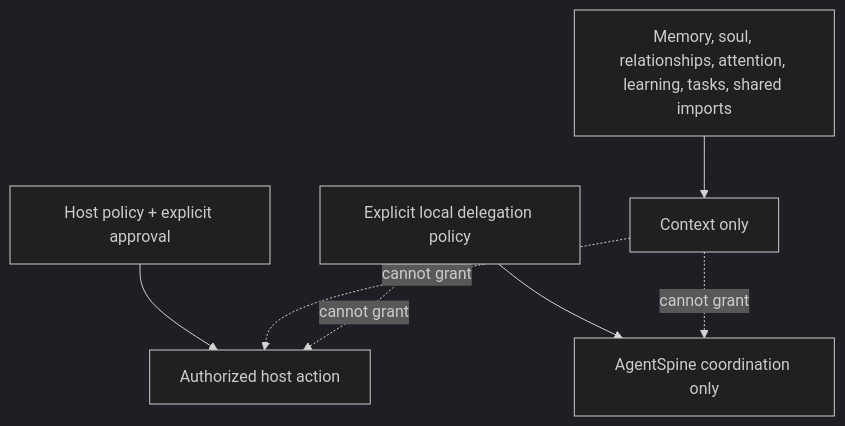
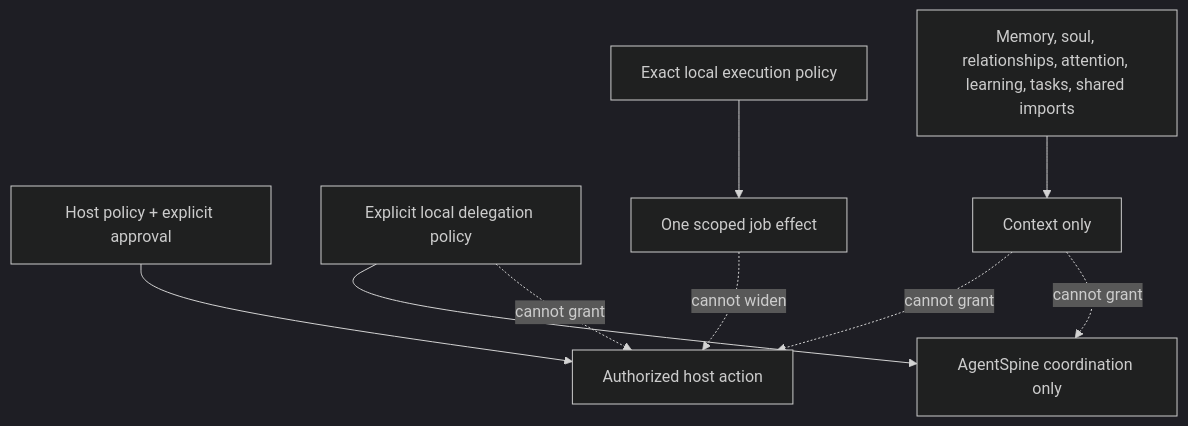
Before and after one commit to Maykbiletti/AgentSpine: the fourth of 5 diagrams in docs/architecture.md, drawn with Mermaid (dark theme). The commit also changed other lines of this file and 30 other files, not shown here.

````diff
--- a/docs/architecture.md
+++ b/docs/architecture.md
@@ -92,9 +96,11 @@
 ```mermaid
 flowchart TB
     P["Host policy + explicit approval"] --> A["Authorized host action"]
     D["Explicit local delegation policy"] --> T["AgentSpine coordination only"]
+    E["Exact local execution policy"] --> J["One scoped job effect"]
     M["Memory, soul, relationships, attention, learning, tasks, shared imports"] --> C["Context only"]
     C -. "cannot grant" .-> A
     C -. "cannot grant" .-> T
     D -. "cannot grant" .-> A
+    J -. "cannot widen" .-> A
 ```
````
